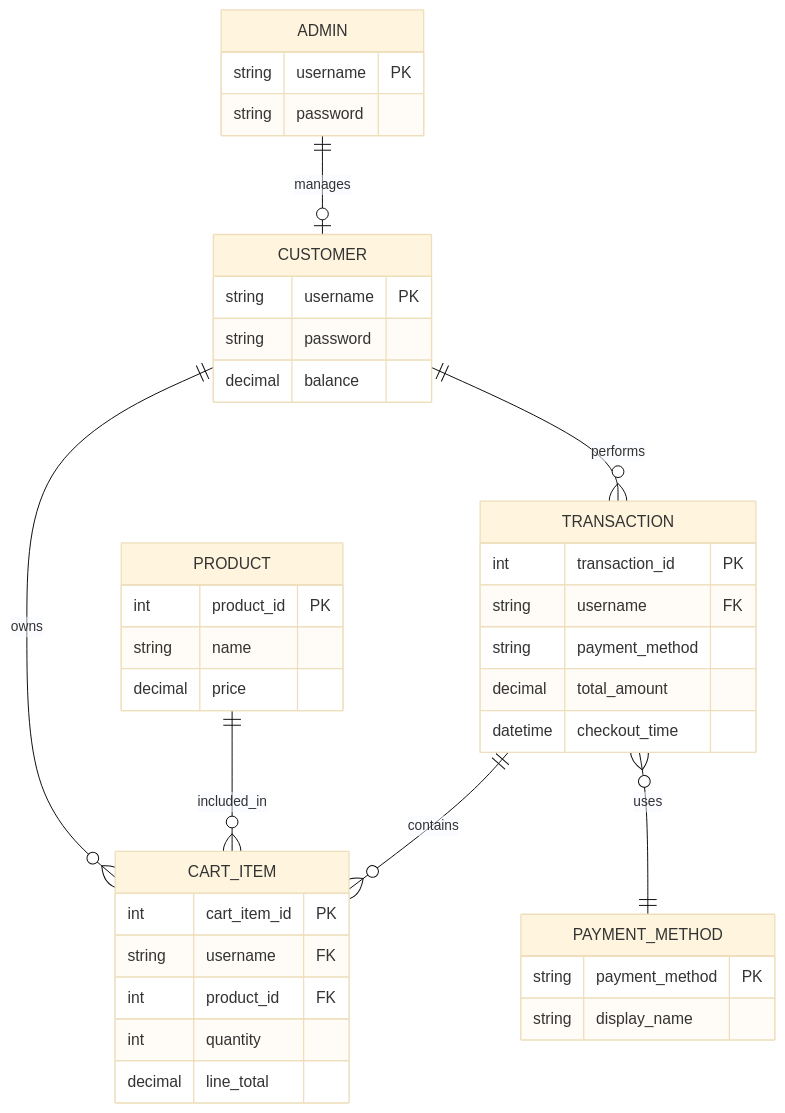
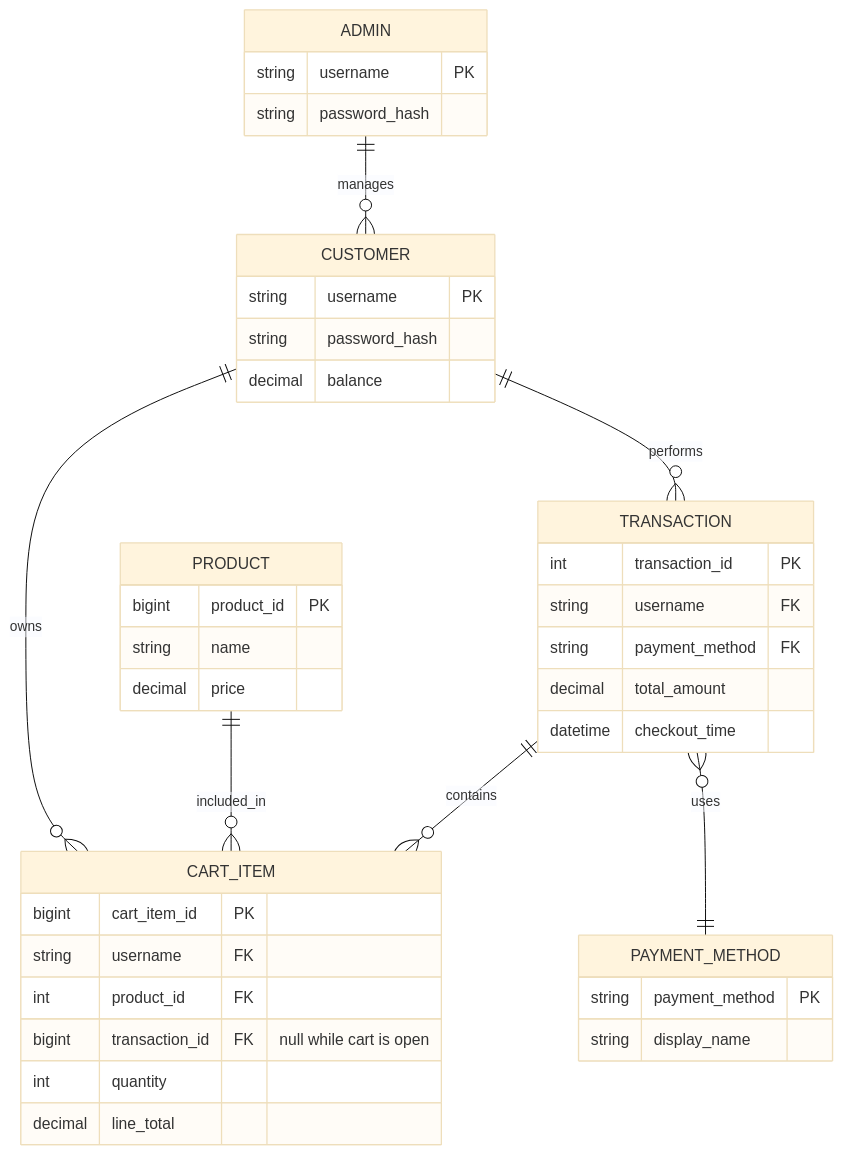
The second of 2 diagrams in README.md (gladgarcia02-debug/comprehensive-java-minimarket-console-app-main), drawn with Mermaid (base theme) before and after one commit. The commit also changed other lines of this file and 20 other files, not shown here.

````diff
--- a/README.md
+++ b/README.md
@@ -76,47 +74,48 @@
 ```mermaid
 erDiagram
     CUSTOMER ||--o{ CART_ITEM : owns
     CUSTOMER ||--o{ TRANSACTION : performs
     PRODUCT ||--o{ CART_ITEM : included_in
     TRANSACTION ||--o{ CART_ITEM : contains
     TRANSACTION }o--|| PAYMENT_METHOD : uses
-    ADMIN ||--o| CUSTOMER : manages
+    ADMIN ||--o{ CUSTOMER : manages
 
     CUSTOMER {
         string username PK
-        string password
+        string password_hash
         decimal balance
     }
 
     PRODUCT {
-        int product_id PK
+        bigint product_id PK
         string name
         decimal price
     }
 
     CART_ITEM {
-        int cart_item_id PK
+        bigint cart_item_id PK
         string username FK
         int product_id FK
+        bigint transaction_id FK "null while cart is open"
         int quantity
         decimal line_total
     }
 
     TRANSACTION {
         int transaction_id PK
         string username FK
-        string payment_method
+        string payment_method FK
         decimal total_amount
         datetime checkout_time
     }
 
     PAYMENT_METHOD {
         string payment_method PK
         string display_name
     }
 
     ADMIN {
         string username PK
-        string password
+        string password_hash
     }
 ```
````
